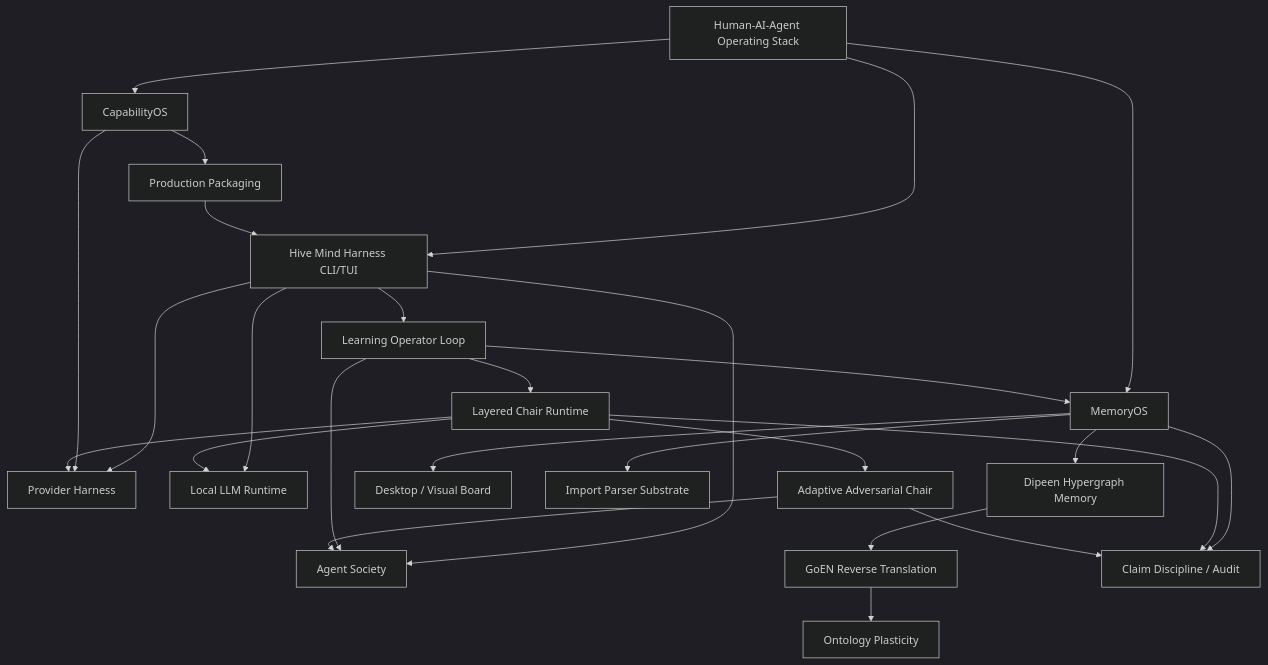
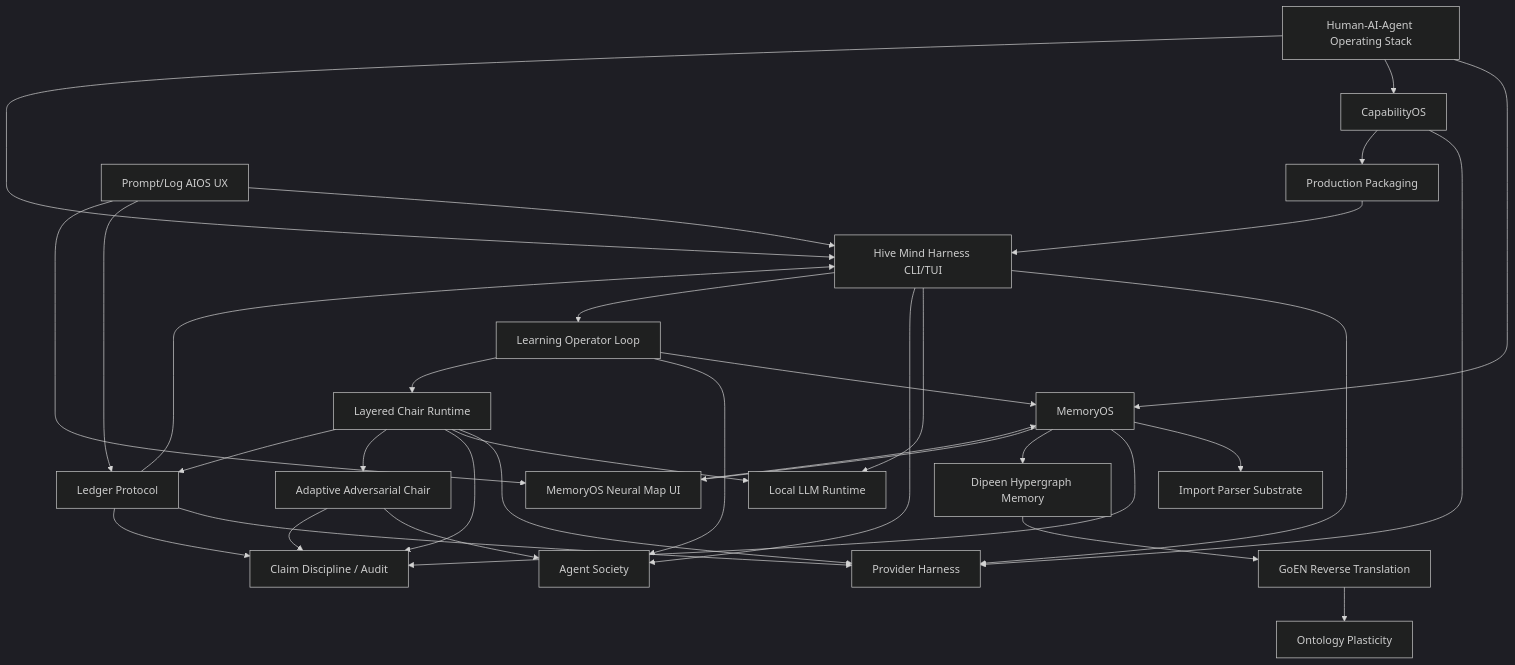
One commit to cjw0076/hivemind changed the diagram in docs/VISION_GRAPH.md. Above: the diagram before and after it, drawn with Mermaid (dark theme). The commit also changed other lines of this file and 20 other files, not shown here.

````diff
--- a/docs/VISION_GRAPH.md
+++ b/docs/VISION_GRAPH.md
@@ -7,46 +7,56 @@
 ```mermaid
 graph TD
   V0[Human-AI-Agent Operating Stack]
   V1[MemoryOS]
   V2[CapabilityOS]
   V3[Hive Mind Harness CLI/TUI]
   V4[Provider Harness]
   V5[Local LLM Runtime]
   V6[Agent Society]
   V7[Dipeen Hypergraph Memory]
   V8[GoEN Reverse Translation]
   V9[Ontology Plasticity]
-  V10[Desktop / Visual Board]
+  V10[MemoryOS Neural Map UI]
   V11[Import Parser Substrate]
   V12[Claim Discipline / Audit]
   V13[Production Packaging]
   V14[Learning Operator Loop]
   V15[Layered Chair Runtime]
   V16[Adaptive Adversarial Chair]
+  V17[Ledger Protocol]
+  V18[Prompt/Log AIOS UX]
 
   V0 --> V1
   V0 --> V2
   V0 --> V3
   V3 --> V4
   V3 --> V5
   V3 --> V6
   V1 --> V11
   V1 --> V12
   V1 --> V7
   V2 --> V4
   V2 --> V13
   V3 --> V14
   V14 --> V1
   V14 --> V6
   V14 --> V15
   V15 --> V4
   V15 --> V5
   V15 --> V12
   V15 --> V16
+  V15 --> V17
+  V17 --> V3
+  V17 --> V4
+  V17 --> V12
+  V18 --> V3
+  V18 --> V17
+  V18 --> V10
+  V10 --> V1
   V16 --> V6
   V16 --> V12
   V7 --> V8
   V8 --> V9
   V1 --> V10
   V13 --> V3
 ```
````
